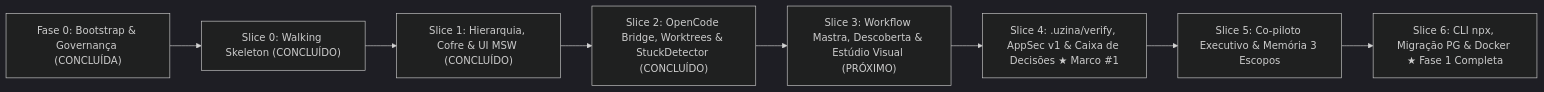
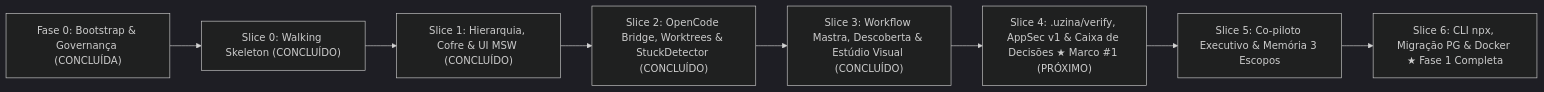
Before and after one commit to Matheus-Gama-deluna/uzina-studio: the diagram in docs/status/ROADMAP_STATUS.md, drawn with Mermaid (dark theme). The commit also changed other lines of this file and 67 other files, not shown here.

Commit message:
feat(slice-03): implementa workflow duravel Mastra, Descoberta 5 pilares e Estudio Visual Lite

````diff
--- a/docs/status/ROADMAP_STATUS.md
+++ b/docs/status/ROADMAP_STATUS.md
@@ -9,10 +9,10 @@
 ```mermaid
 flowchart LR
     F0["Fase 0: Bootstrap & Governança (CONCLUÍDA)"] --> S0["Slice 0: Walking Skeleton (CONCLUÍDO)"]
     S0 --> S1["Slice 1: Hierarquia, Cofre & UI MSW (CONCLUÍDO)"]
     S1 --> S2["Slice 2: OpenCode Bridge, Worktrees & StuckDetector (CONCLUÍDO)"]
-    S2 --> S3["Slice 3: Workflow Mastra, Descoberta & Estúdio Visual (PRÓXIMO)"]
-    S3 --> S4["Slice 4: .uzina/verify, AppSec v1 & Caixa de Decisões ★ Marco #1"]
+    S2 --> S3["Slice 3: Workflow Mastra, Descoberta & Estúdio Visual (CONCLUÍDO)"]
+    S3 --> S4["Slice 4: .uzina/verify, AppSec v1 & Caixa de Decisões ★ Marco #1 (PRÓXIMO)"]
     S4 --> S5["Slice 5: Co-piloto Executivo & Memória 3 Escopos"]
     S5 --> S6["Slice 6: CLI npx, Migração PG & Docker ★ Fase 1 Completa"]
 ```
````
